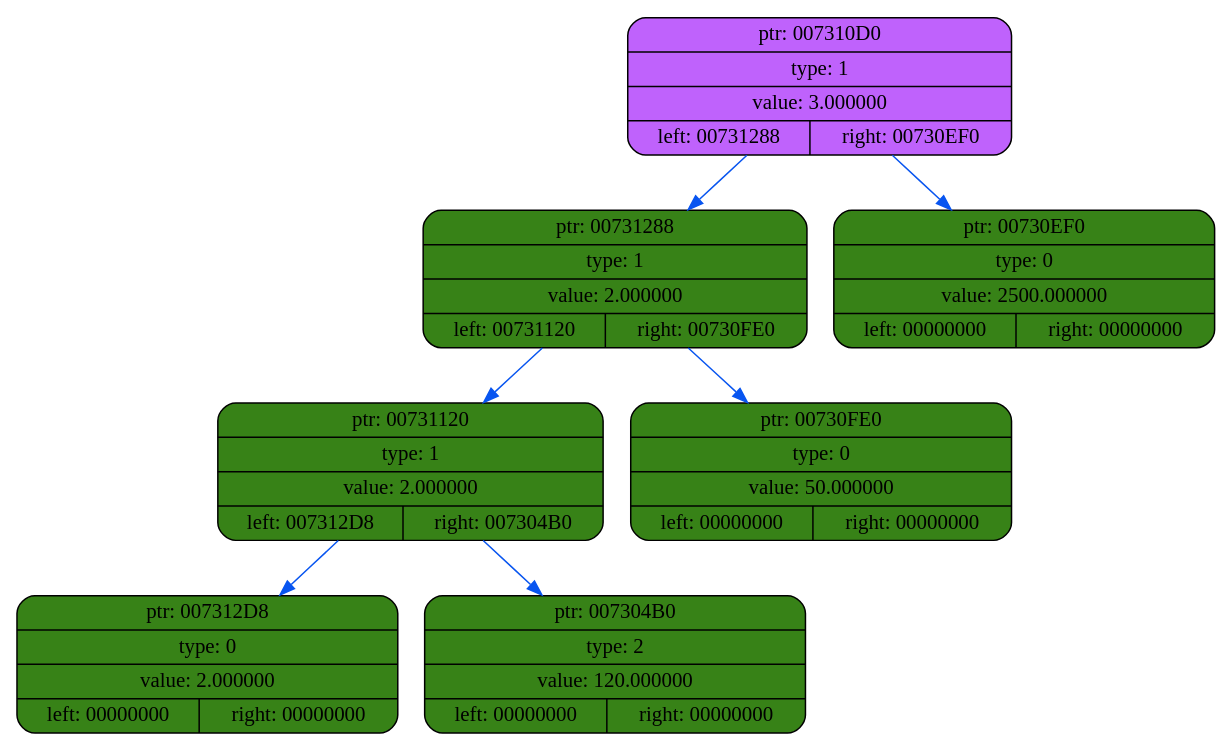
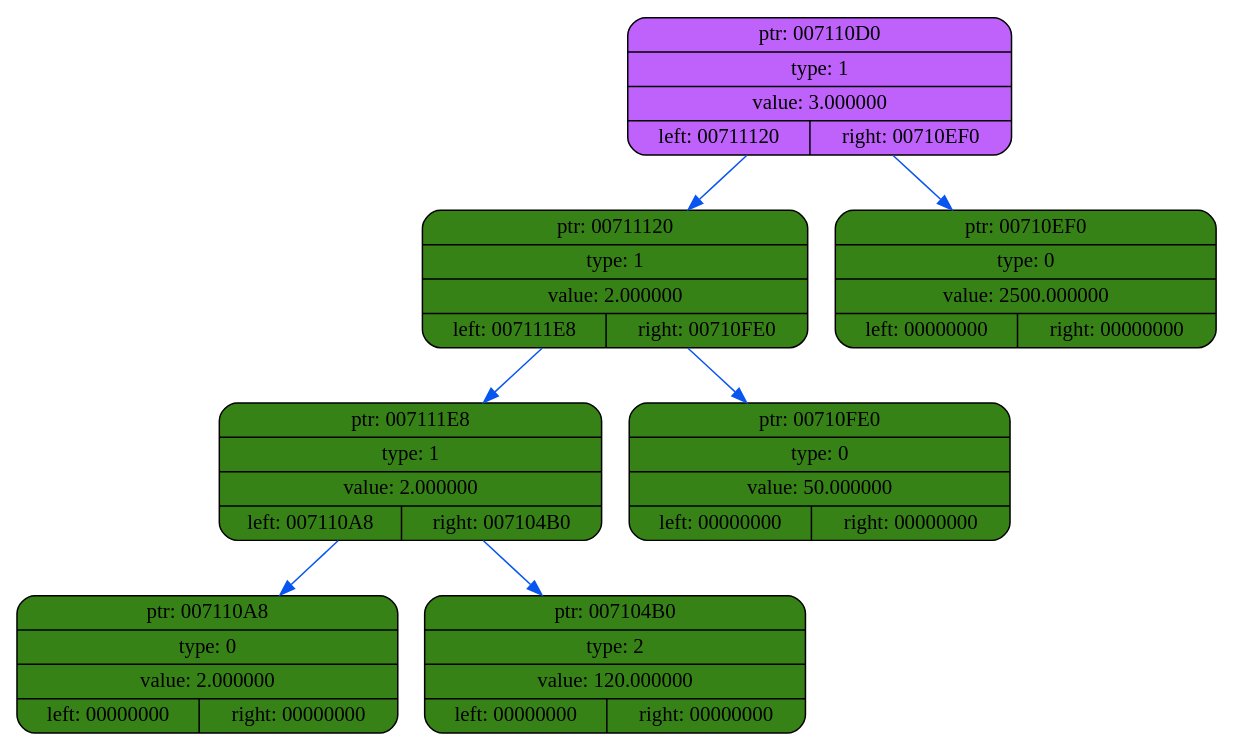
Before and after one commit to coffee8cat/differentiator: the diagram in dump/dump9.dot, drawn with Graphviz. The commit also changed 21 other files, not shown here.

```diff
--- a/dump/dump9.dot
+++ b/dump/dump9.dot
@@ -1,18 +1,18 @@
 digraph
 {
     rankdir=TP
 
-        node007310D0[shape=record,style="rounded,filled",fillcolor="#BF62FC",label="{ ptr: 007310D0 | type: 1 | value: 3.000000| { left: 00731288 | right: 00730EF0 }}"];
-    node007310D0 -> node00731288[color="#0855F0"]
-    node00731288[shape=record,style="rounded,filled",fillcolor="#378217",label="{ ptr: 00731288 | type: 1 | value: 2.000000| { left: 00731120 | right: 00730FE0 }}"];
-    node00731288 -> node00731120[color="#0855F0"]
-    node00731120[shape=record,style="rounded,filled",fillcolor="#378217",label="{ ptr: 00731120 | type: 1 | value: 2.000000| { left: 007312D8 | right: 007304B0 }}"];
-    node00731120 -> node007312D8[color="#0855F0"]
-    node007312D8[shape=record,style="rounded,filled",fillcolor="#378217",label="{ ptr: 007312D8 | type: 0 | value: 2.000000| { left: 00000000 | right: 00000000 }}"];
-    node00731120 -> node007304B0[color="#0855F0"]
-    node007304B0[shape=record,style="rounded,filled",fillcolor="#378217",label="{ ptr: 007304B0 | type: 2 | value: 120.000000| { left: 00000000 | right: 00000000 }}"];
-    node00731288 -> node00730FE0[color="#0855F0"]
-    node00730FE0[shape=record,style="rounded,filled",fillcolor="#378217",label="{ ptr: 00730FE0 | type: 0 | value: 50.000000| { left: 00000000 | right: 00000000 }}"];
-    node007310D0 -> node00730EF0[color="#0855F0"]
-    node00730EF0[shape=record,style="rounded,filled",fillcolor="#378217",label="{ ptr: 00730EF0 | type: 0 | value: 2500.000000| { left: 00000000 | right: 00000000 }}"];
+        node007110D0[shape=record,style="rounded,filled",fillcolor="#BF62FC",label="{ ptr: 007110D0 | type: 1 | value: 3.000000| { left: 00711120 | right: 00710EF0 }}"];
+    node007110D0 -> node00711120[color="#0855F0"]
+    node00711120[shape=record,style="rounded,filled",fillcolor="#378217",label="{ ptr: 00711120 | type: 1 | value: 2.000000| { left: 007111E8 | right: 00710FE0 }}"];
+    node00711120 -> node007111E8[color="#0855F0"]
+    node007111E8[shape=record,style="rounded,filled",fillcolor="#378217",label="{ ptr: 007111E8 | type: 1 | value: 2.000000| { left: 007110A8 | right: 007104B0 }}"];
+    node007111E8 -> node007110A8[color="#0855F0"]
+    node007110A8[shape=record,style="rounded,filled",fillcolor="#378217",label="{ ptr: 007110A8 | type: 0 | value: 2.000000| { left: 00000000 | right: 00000000 }}"];
+    node007111E8 -> node007104B0[color="#0855F0"]
+    node007104B0[shape=record,style="rounded,filled",fillcolor="#378217",label="{ ptr: 007104B0 | type: 2 | value: 120.000000| { left: 00000000 | right: 00000000 }}"];
+    node00711120 -> node00710FE0[color="#0855F0"]
+    node00710FE0[shape=record,style="rounded,filled",fillcolor="#378217",label="{ ptr: 00710FE0 | type: 0 | value: 50.000000| { left: 00000000 | right: 00000000 }}"];
+    node007110D0 -> node00710EF0[color="#0855F0"]
+    node00710EF0[shape=record,style="rounded,filled",fillcolor="#378217",label="{ ptr: 00710EF0 | type: 0 | value: 2500.000000| { left: 00000000 | right: 00000000 }}"];
 }
```
